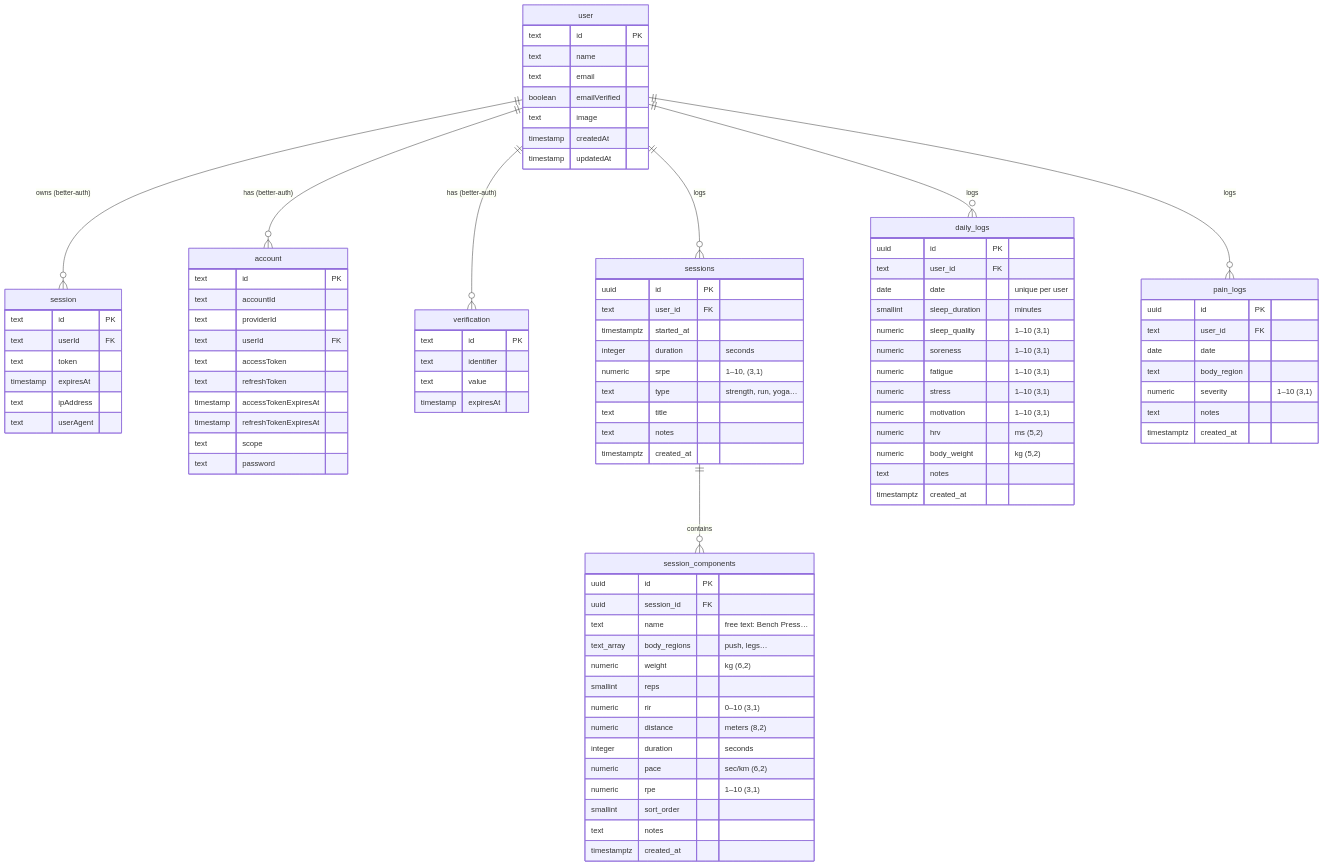
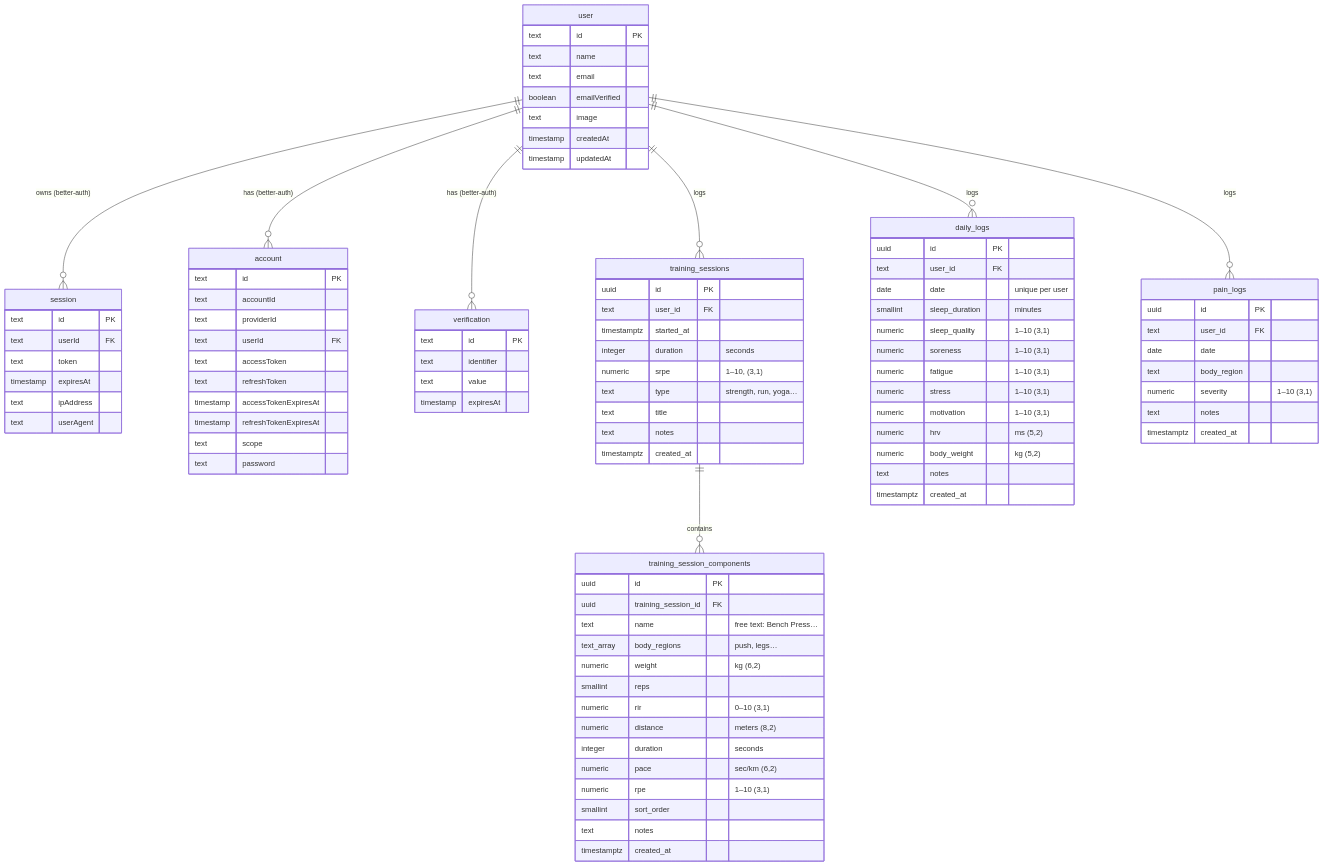
The diagram in docs/erd.md (stuurlau/wot), drawn with Mermaid before and after one commit. The commit also changed other lines of this file and 17 other files, not shown here.

First line of the commit message:
refactor: rename sessions to training_sessions to disambiguate from auth session

```diff
--- a/docs/erd.md
+++ b/docs/erd.md
@@ -8,10 +8,10 @@
     user ||--o{ session : "owns (better-auth)"
     user ||--o{ account : "has (better-auth)"
     user ||--o{ verification : "has (better-auth)"
-    user ||--o{ sessions : "logs"
+    user ||--o{ training_sessions : "logs"
     user ||--o{ daily_logs : "logs"
     user ||--o{ pain_logs : "logs"
-    sessions ||--o{ session_components : "contains"
+    training_sessions ||--o{ training_session_components : "contains"
 
     user {
         text id PK
@@ -52,7 +52,7 @@
         timestamp expiresAt
     }
 
-    sessions {
+    training_sessions {
         uuid id PK
         text user_id FK
         timestamptz started_at
@@ -64,9 +64,9 @@
         timestamptz created_at
     }
 
-    session_components {
+    training_session_components {
         uuid id PK
-        uuid session_id FK
+        uuid training_session_id FK
         text name "free text: Bench Press…"
         text_array body_regions "push, legs…"
         numeric weight "kg (6,2)"
```
